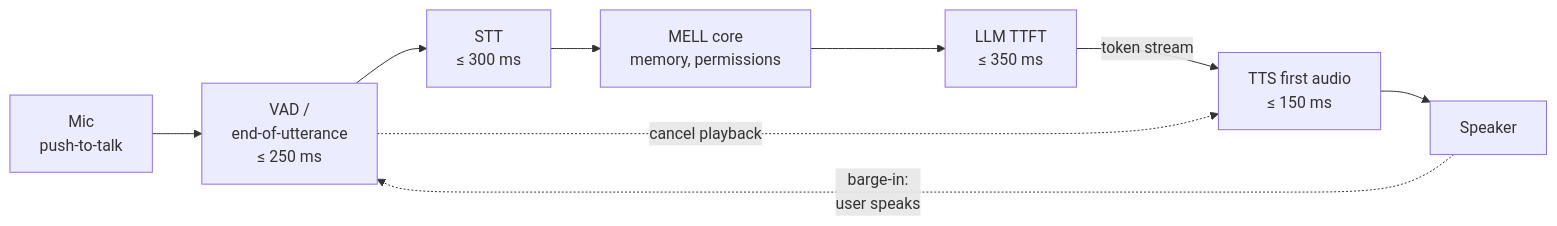
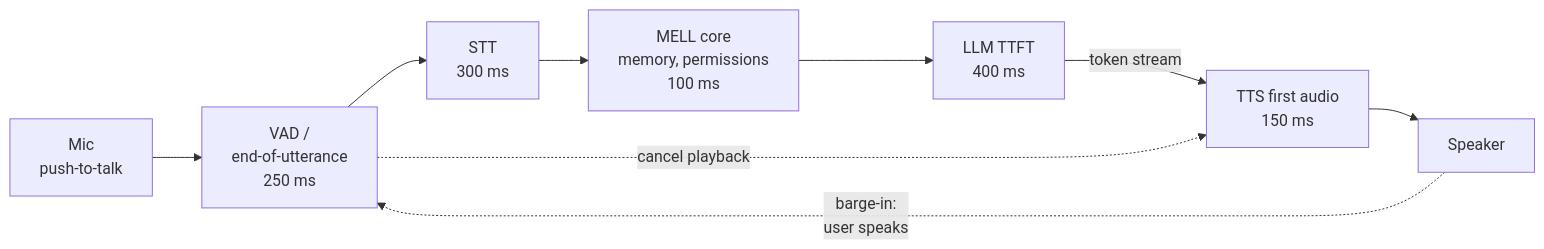
One commit to eerenyilmazz/mell-assistant changed diagram 17 of 21 in docs/PLAN.md. Above: the diagram before and after it, drawn with Mermaid. The commit also changed other lines of this file and 1 other file, not shown here.

First line of the commit message:
docs(plan): v0.5 architecture fixes from v0.4 review

````diff
--- a/docs/PLAN.md
+++ b/docs/PLAN.md
@@ -717,11 +870,11 @@
 ```mermaid
 flowchart LR
-    MIC["Mic<br/>push-to-talk"] --> VAD["VAD /<br/>end-of-utterance<br/>≤ 250 ms"]
-    VAD --> STT["STT<br/>≤ 300 ms"]
-    STT --> CORE["MELL core<br/>memory, permissions"]
-    CORE --> LLM["LLM TTFT<br/>≤ 350 ms"]
-    LLM -->|"token stream"| TTS["TTS first audio<br/>≤ 150 ms"]
+    MIC["Mic<br/>push-to-talk"] --> VAD["VAD /<br/>end-of-utterance<br/>250 ms"]
+    VAD --> STT["STT<br/>300 ms"]
+    STT --> CORE["MELL core<br/>memory, permissions<br/>100 ms"]
+    CORE --> LLM["LLM TTFT<br/>400 ms"]
+    LLM -->|"token stream"| TTS["TTS first audio<br/>150 ms"]
     TTS --> SPK["Speaker"]
     SPK -.->|"barge-in:<br/>user speaks"| VAD
     VAD -.->|"cancel playback"| TTS
 ```
````
